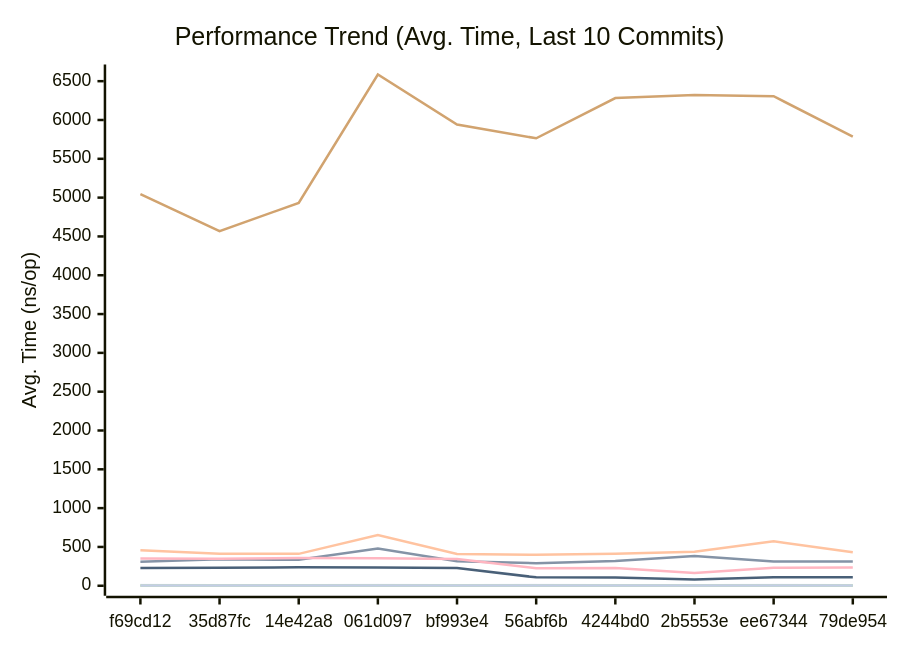
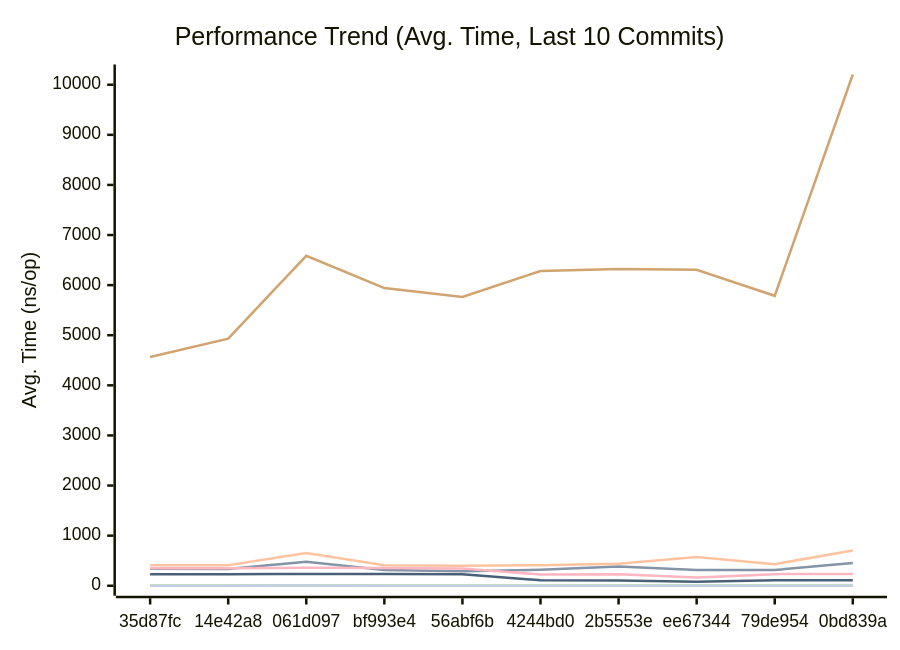
The first of 3 diagrams in docs/PERFORMANCE.md (alsotoes/momo), drawn with Mermaid before and after one commit. The commit also changed other lines of this file and 3 other files, not shown here.

````diff
--- a/docs/PERFORMANCE.md
+++ b/docs/PERFORMANCE.md
@@ -80,16 +80,16 @@
 ```mermaid
 xychart-beta
     title "Performance Trend (Avg. Time, Last 10 Commits)"
     x-axis "Commit"
     y-axis "Avg. Time (ns/op)"
-    x-axis [f69cd12,35d87fc,14e42a8,061d097,bf993e4,56abf6b,4244bd0,2b5553e,ee67344,79de954]
-    line "CheckMetricsAndSwap" [9,7,8,11,7,9,8,8,10,8]
-    line "CrushOptimized" [310,340,334,480,316,291,320,382,312,314]
-    line "CrushOriginal" [456,411,411,653,408,400,411,439,573,431]
+    x-axis [35d87fc,14e42a8,061d097,bf993e4,56abf6b,4244bd0,2b5553e,ee67344,79de954,0bd839a]
+    line "CheckMetricsAndSwap" [7,8,11,7,9,8,8,10,8,18]
+    line "CrushOptimized" [340,334,480,316,291,320,382,312,314,456]
+    line "CrushOriginal" [411,411,653,408,400,411,439,573,431,705]
     line "IndexDirectTracking" [0,0,0,0,0,0,0,0,0,0]
-    line "IndexSearch" [2,3,3,3,3,3,3,3,3,3]
-    line "LoadGlobalConfig" [5045,4567,4932,6586,5941,5764,6283,6321,6306,5787]
-    line "PadString" [2,2,2,3,2,2,2,2,2,2]
+    line "IndexSearch" [3,3,3,3,3,3,3,3,3,3]
+    line "LoadGlobalConfig" [4567,4932,6586,5941,5764,6283,6321,6306,5787,10204]
+    line "PadString" [2,2,3,2,2,2,2,2,2,2]
     line "ParseReplicationOrder_NoPrealloc" [350,349,357,354,345,225,229,165,232,234]
     line "ParseReplicationOrder_Prealloc" [229,231,237,234,229,108,107,80,110,109]
 ```
````
